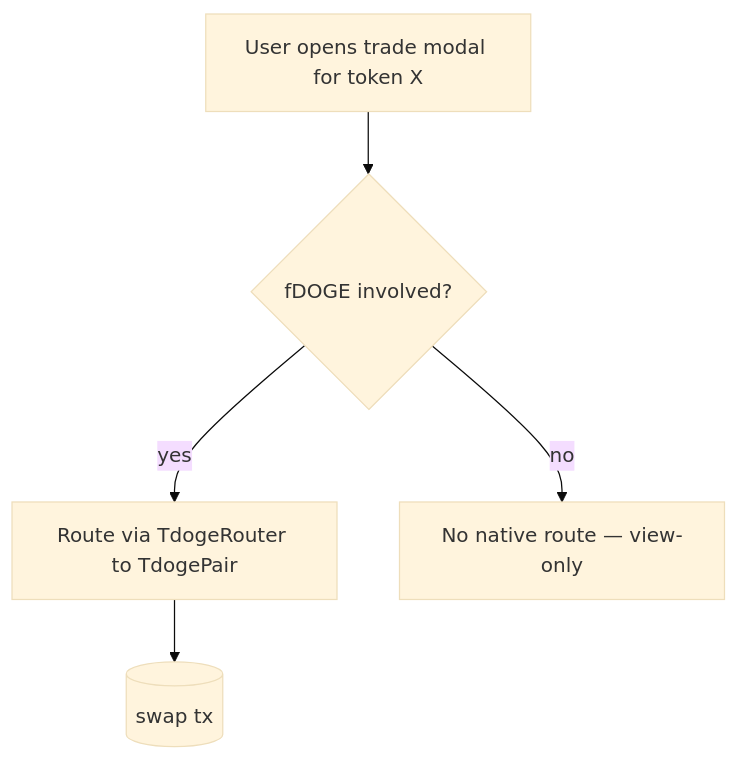
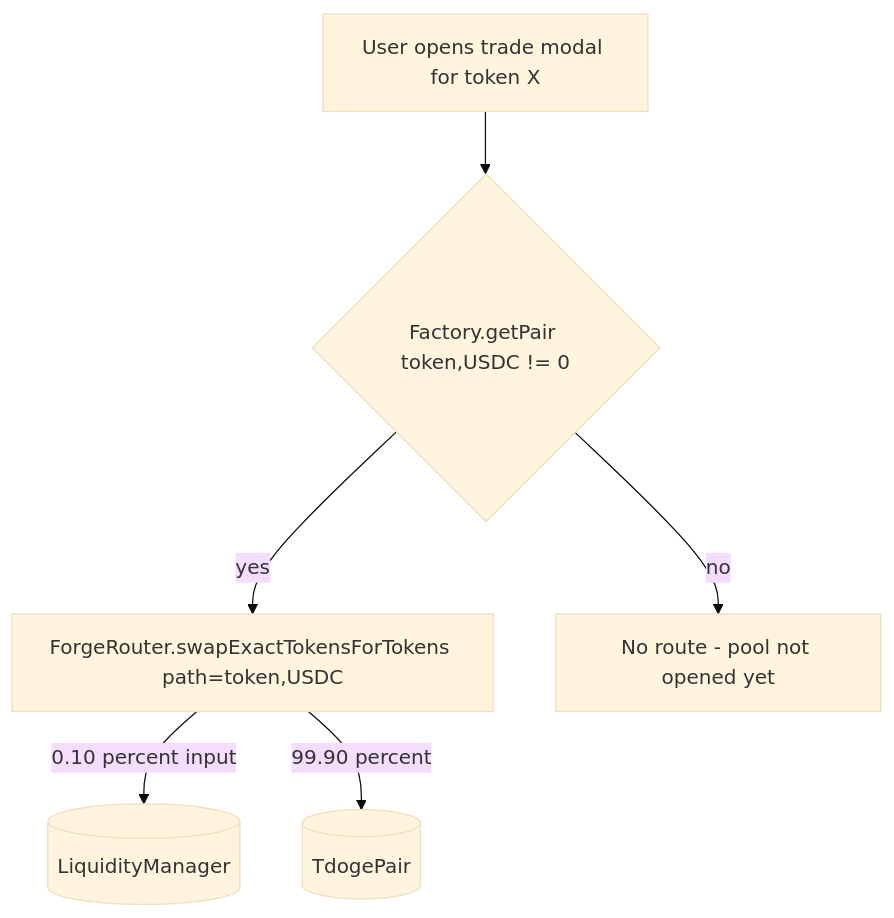
Diagram 12 of 19 in WHITEPAPER.md (dudelynft-dotcom/DF), drawn with Mermaid (base theme) before and after one commit. The commit also changed other lines of this file, not shown here.

Commit message:
Whitepaper v2.1: owned DEX stack (Factory + Router + pairs), drop UnitFlow/aggregator narrative

````diff
--- a/WHITEPAPER.md
+++ b/WHITEPAPER.md
@@ -627,7 +644,8 @@
 ```mermaid
 flowchart TD
-    U[User opens trade modal for token X] --> Q{fDOGE involved?}
-    Q -->|yes| AMM[Route via TdogeRouter to TdogePair]
-    Q -->|no| N[No native route — view-only]
-    AMM --> Tx[(swap tx)]
+    U[User opens trade modal for token X] --> Q{Factory.getPair token,USDC != 0}
+    Q -->|yes| R[ForgeRouter.swapExactTokensForTokens path=token,USDC]
+    R -->|0.10 percent input| LM[(LiquidityManager)]
+    R -->|99.90 percent| P[(TdogePair)]
+    Q -->|no| N[No route - pool not opened yet]
 ```
````
